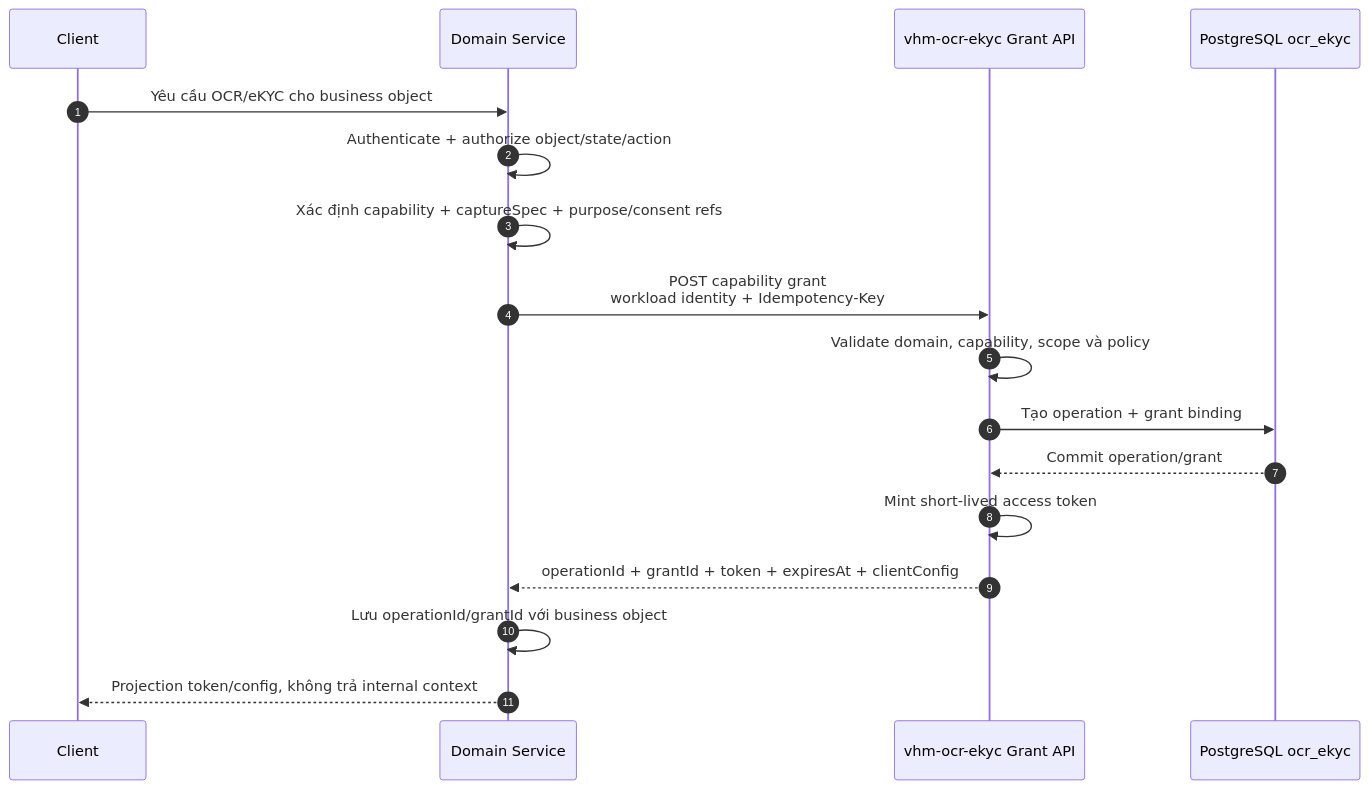
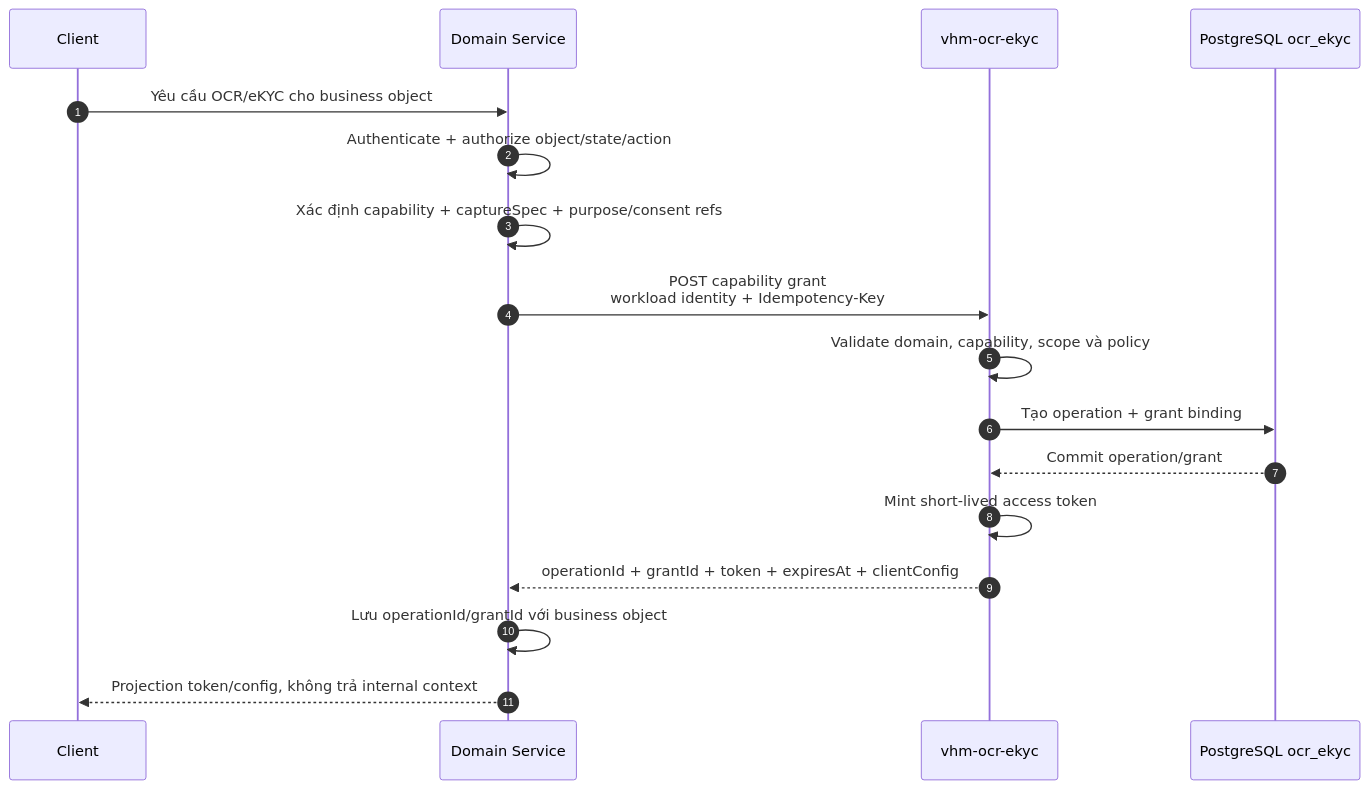
Before and after one commit to huynv-xyz/vhm: the second of 6 diagrams in tdd-ocr-ekyc-delegated-client-flow.md, drawn with Mermaid. The commit also changed other lines of this file, not shown here.

````diff
--- a/tdd-ocr-ekyc-delegated-client-flow.md
+++ b/tdd-ocr-ekyc-delegated-client-flow.md
@@ -169,20 +153,20 @@
 ```mermaid
 sequenceDiagram
     autonumber
     participant C as Client
     participant D as Domain Service
-    participant G as vhm-ocr-ekyc Grant API
+    participant O as vhm-ocr-ekyc
     participant DB as PostgreSQL ocr_ekyc
 
     C->>D: Yêu cầu OCR/eKYC cho business object
     D->>D: Authenticate + authorize object/state/action
     D->>D: Xác định capability + captureSpec + purpose/consent refs
-    D->>G: POST capability grant<br/>workload identity + Idempotency-Key
-    G->>G: Validate domain, capability, scope và policy
-    G->>DB: Tạo operation + grant binding
-    DB-->>G: Commit operation/grant
-    G->>G: Mint short-lived access token
-    G-->>D: operationId + grantId + token + expiresAt + clientConfig
+    D->>O: POST capability grant<br/>workload identity + Idempotency-Key
+    O->>O: Validate domain, capability, scope và policy
+    O->>DB: Tạo operation + grant binding
+    DB-->>O: Commit operation/grant
+    O->>O: Mint short-lived access token
+    O-->>D: operationId + grantId + token + expiresAt + clientConfig
     D->>D: Lưu operationId/grantId với business object
     D-->>C: Projection token/config, không trả internal context
 ```
````
